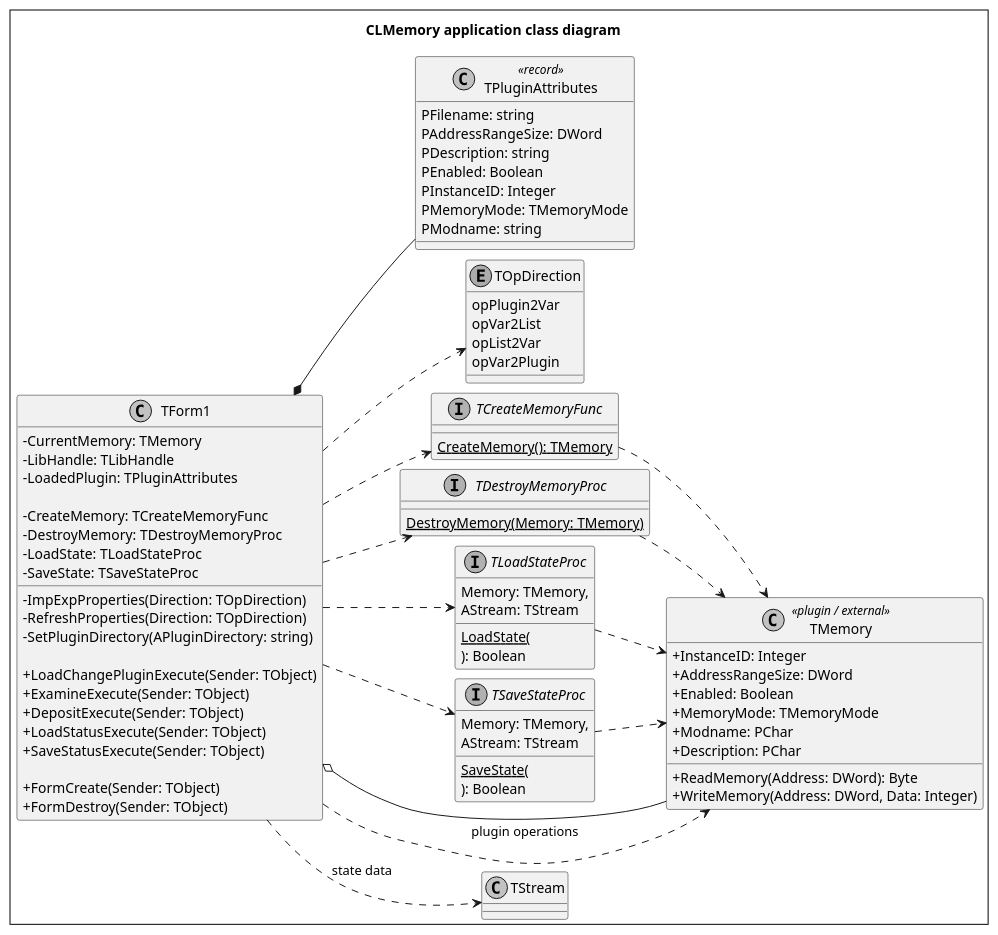
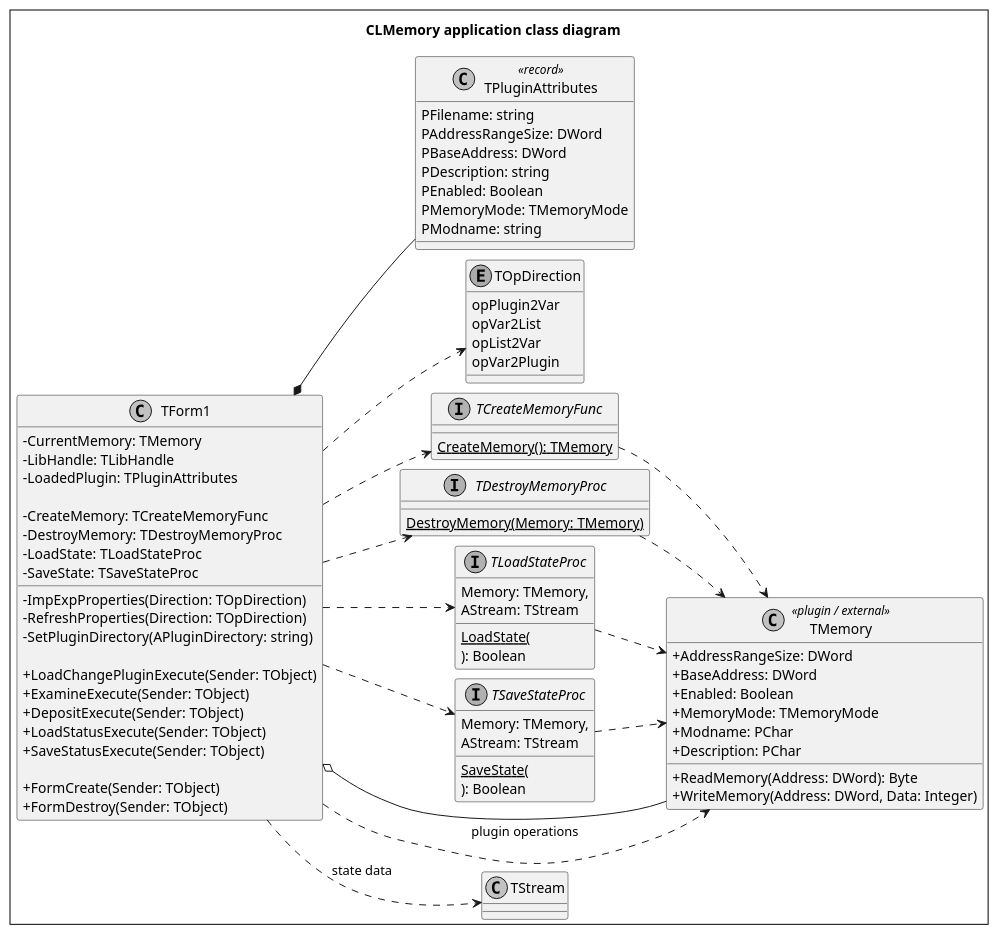
The diagram in document/code/diagrams/source/class_clmemory.puml (pozsarzs/corelab), drawn with PlantUML before and after one commit. The commit also changed 45 other files, not shown here.

```diff
--- a/document/code/diagrams/source/class_clmemory.puml
+++ b/document/code/diagrams/source/class_clmemory.puml
@@ -1,128 +1,128 @@
 @startuml
 
 title CLMemory application class diagram
 
 skinparam classAttributeIconSize 0
 skinparam diagramBorderColor black
 skinparam diagramBorderThickness 1
 'skinparam linetype ortho
 skinparam nodesep 10
 skinparam packageStyle rectangle
 skinparam ranksep 10
 skinparam shadowing false
 left to right direction
 skinparam monochrome true
 
 ' ============================================================
 ' Plugin metadata
 ' ============================================================
 
 class TPluginAttributes <<record>> {
     PFilename: string
     PAddressRangeSize: DWord
+    PBaseAddress: DWord
     PDescription: string
     PEnabled: Boolean
-    PInstanceID: Integer
     PMemoryMode: TMemoryMode
     PModname: string
 }
 
 enum TOpDirection {
     opPlugin2Var
     opVar2List
     opList2Var
     opVar2Plugin
 }
 
 ' ============================================================
 ' Plugin entry points
 ' ============================================================
 
 interface TCreateMemoryFunc {
     {static} CreateMemory(): TMemory
 }
 
 interface TDestroyMemoryProc {
     {static} DestroyMemory(Memory: TMemory)
 }
 
 interface TLoadStateProc {
     {static} LoadState(
         Memory: TMemory,
         AStream: TStream
     ): Boolean
 }
 
 interface TSaveStateProc {
     {static} SaveState(
         Memory: TMemory,
         AStream: TStream
     ): Boolean
 }
 
 ' ============================================================
 ' External plugin class
 ' ============================================================
 
 class TMemory <<plugin / external>> {
-    +InstanceID: Integer
     +AddressRangeSize: DWord
+    +BaseAddress: DWord
     +Enabled: Boolean
     +MemoryMode: TMemoryMode
     +Modname: PChar
     +Description: PChar
 
     +ReadMemory(Address: DWord): Byte
     +WriteMemory(Address: DWord, Data: Integer)
 }
 
 ' ============================================================
 ' Main application
 ' ============================================================
 
 class TForm1 {
     -CurrentMemory: TMemory
     -LibHandle: TLibHandle
     -LoadedPlugin: TPluginAttributes
 
     -CreateMemory: TCreateMemoryFunc
     -DestroyMemory: TDestroyMemoryProc
     -LoadState: TLoadStateProc
     -SaveState: TSaveStateProc
 
     -ImpExpProperties(Direction: TOpDirection)
     -RefreshProperties(Direction: TOpDirection)
     -SetPluginDirectory(APluginDirectory: string)
 
     +LoadChangePluginExecute(Sender: TObject)
     +ExamineExecute(Sender: TObject)
     +DepositExecute(Sender: TObject)
     +LoadStatusExecute(Sender: TObject)
     +SaveStatusExecute(Sender: TObject)
 
     +FormCreate(Sender: TObject)
     +FormDestroy(Sender: TObject)
 }
 
 ' ============================================================
 ' Relationships
 ' ============================================================
 
 TForm1 *-- TPluginAttributes
 TForm1 o-- TMemory
 
 TForm1 ..> TCreateMemoryFunc
 TForm1 ..> TDestroyMemoryProc
 TForm1 ..> TLoadStateProc
 TForm1 ..> TSaveStateProc
 TForm1 ..> TOpDirection
 
 TCreateMemoryFunc ..> TMemory
 TDestroyMemoryProc ..> TMemory
 TLoadStateProc ..> TMemory
 TSaveStateProc ..> TMemory
 
 TForm1 ..> TMemory : plugin operations
 TForm1 ..> TStream : state data
 
 @enduml
```
